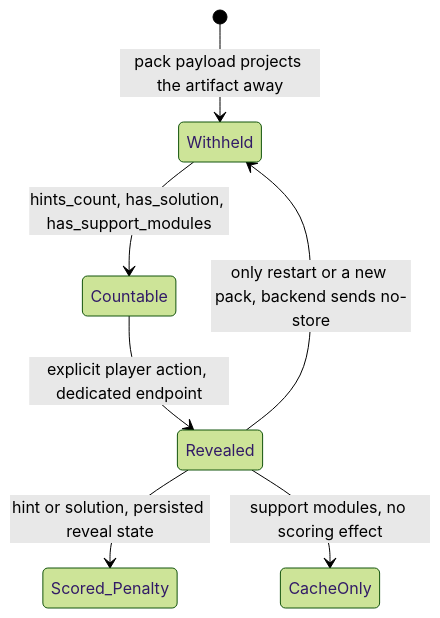
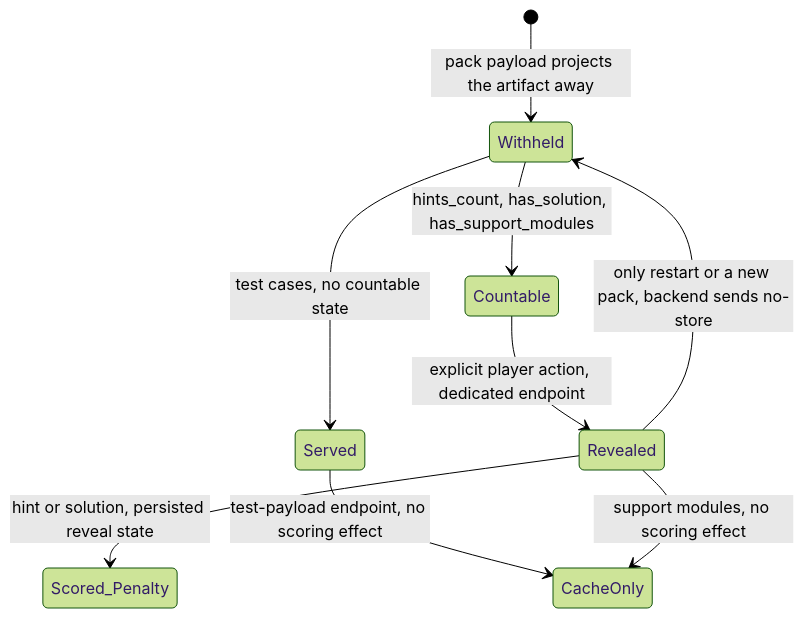
One commit to ghmer/rego-adventure changed diagram 41 of 46 in docu/state-machines.md. Above: the diagram before and after it, drawn with Mermaid (forest theme). The commit also changed other lines of this file and 77 other files, not shown here.

````diff
--- a/docu/state-machines.md
+++ b/docu/state-machines.md
@@ -1328,9 +1181,11 @@
 ```mermaid
 stateDiagram-v2
     [*] --> Withheld : pack payload projects the artifact away
     Withheld --> Countable : hints_count, has_solution, has_support_modules
+    Withheld --> Served : test cases, no countable state
+    Served --> CacheOnly : test-payload endpoint, no scoring effect
     Countable --> Revealed : explicit player action, dedicated endpoint
     Revealed --> Scored_Penalty : hint or solution, persisted reveal state
     Revealed --> CacheOnly : support modules, no scoring effect
     Revealed --> Withheld : only restart or a new pack, backend sends no-store
 ```
````
